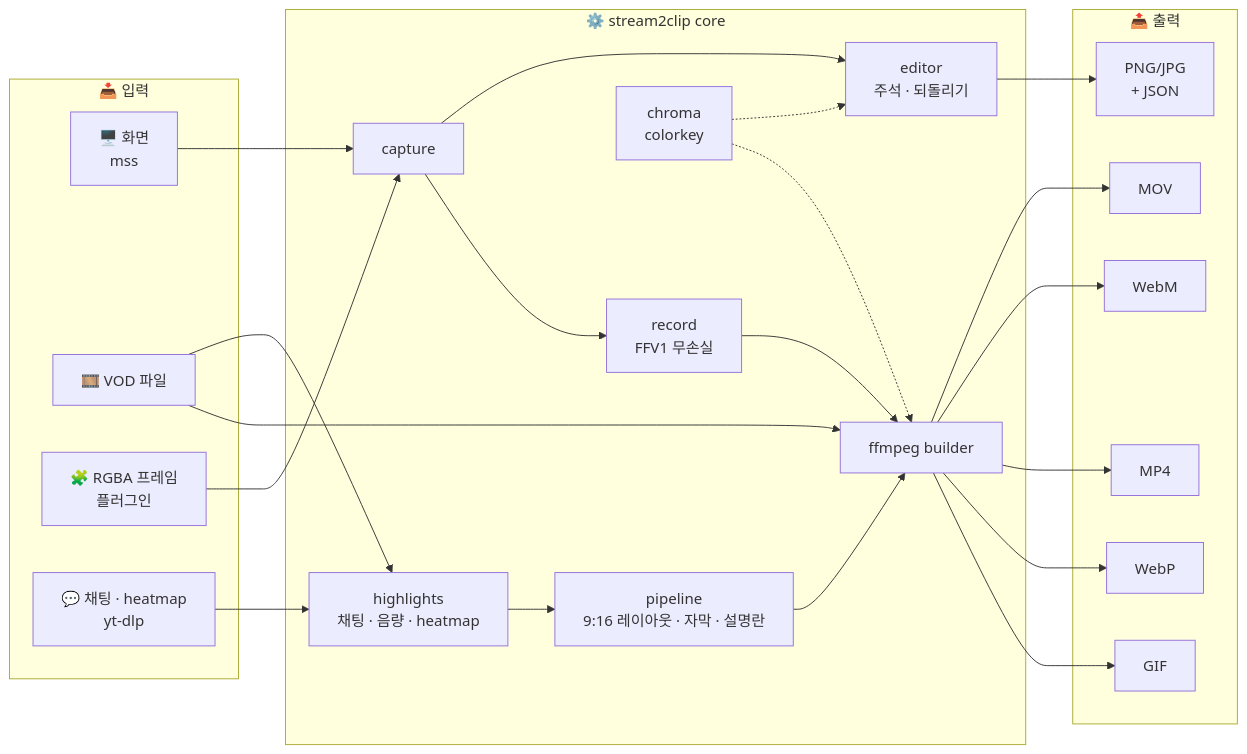
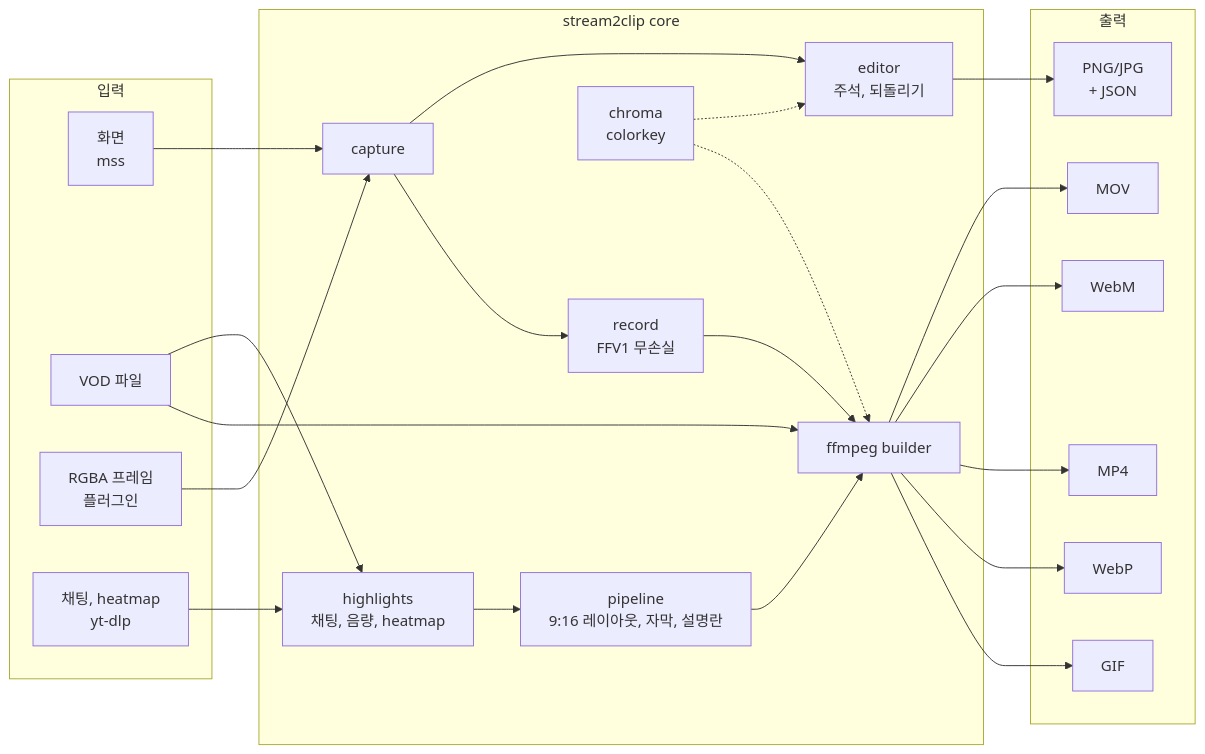
Before and after one commit to BudongJW/stream2clip: the second of 2 diagrams in README.md, drawn with Mermaid. The commit also changed other lines of this file and 50 other files, not shown here.

````diff
--- a/README.md
+++ b/README.md
@@ -730,44 +732,44 @@
 ```mermaid
 flowchart LR
-    subgraph IN["📥 입력"]
-        S["🖥️ 화면<br/>mss"]
-        V["🎞️ VOD 파일"]
-        A["🧩 RGBA 프레임<br/>플러그인"]
-        CH["💬 채팅 · heatmap<br/>yt-dlp"]
+    subgraph IN["입력"]
+        S["화면<br/>mss"]
+        V["VOD 파일"]
+        A["RGBA 프레임<br/>플러그인"]
+        CH["채팅, heatmap<br/>yt-dlp"]
     end
-    subgraph CORE["⚙️ stream2clip core"]
+    subgraph CORE["stream2clip core"]
         C["capture"]
         R["record<br/>FFV1 무손실"]
-        E["editor<br/>주석 · 되돌리기"]
+        E["editor<br/>주석, 되돌리기"]
         K["chroma<br/>colorkey"]
         F["ffmpeg builder"]
-        HL["highlights<br/>채팅 · 음량 · heatmap"]
-        PL["pipeline<br/>9:16 레이아웃 · 자막 · 설명란"]
+        HL["highlights<br/>채팅, 음량, heatmap"]
+        PL["pipeline<br/>9:16 레이아웃, 자막, 설명란"]
     end
-    subgraph OUT["📤 출력"]
+    subgraph OUT["출력"]
         G["GIF"]
         W["WebP"]
         M["MP4"]
         WM["WebM"]
         MOV["MOV"]
         P["PNG/JPG<br/>+ JSON"]
     end
     S --> C
     A --> C
     C --> R
     C --> E
     R --> F
     V --> F
     CH --> HL
     V --> HL
     HL --> PL
     PL --> F
     K -.-> F
     K -.-> E
     F --> G
     F --> W
     F --> M
     F --> WM
     F --> MOV
     E --> P
 ```
````
